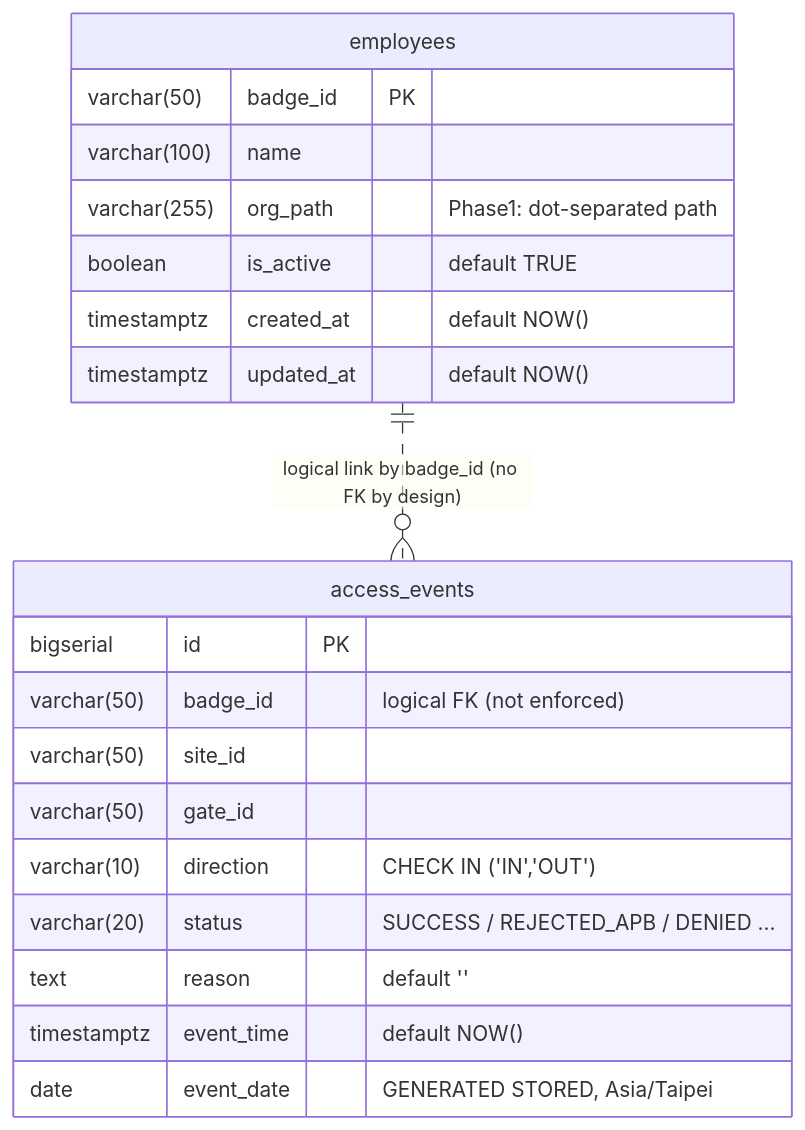
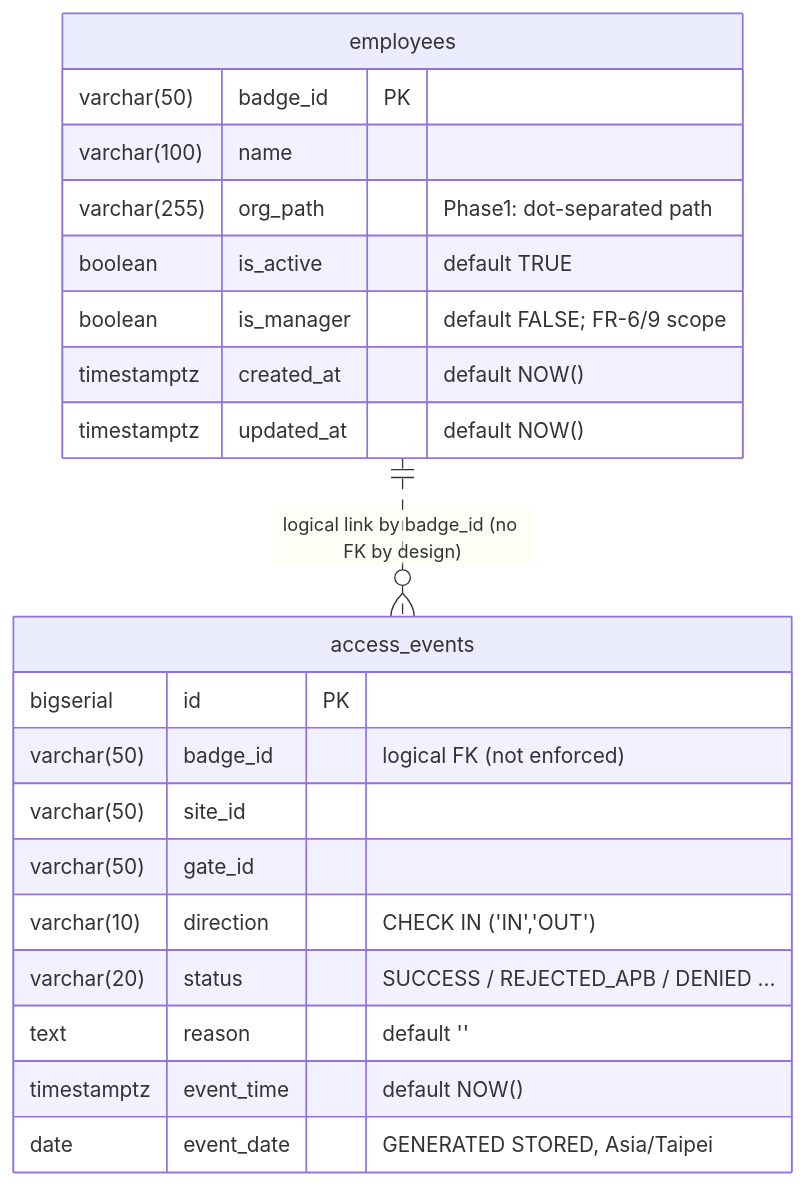
Before and after one commit to zychen1204/FP-PACS-system: the diagram in docs/database-erd.md, drawn with Mermaid. The commit also changed other lines of this file and 7 other files, not shown here.

````diff
--- a/docs/database-erd.md
+++ b/docs/database-erd.md
@@ -8,25 +8,26 @@
 ```mermaid
 erDiagram
     employees ||..o{ access_events : "logical link by badge_id (no FK by design)"
 
     employees {
         varchar(50)  badge_id        PK
         varchar(100) name
         varchar(255) org_path        "Phase1: dot-separated path"
         boolean      is_active       "default TRUE"
+        boolean      is_manager      "default FALSE; FR-6/9 scope"
         timestamptz  created_at      "default NOW()"
         timestamptz  updated_at      "default NOW()"
     }
 
     access_events {
         bigserial    id              PK
         varchar(50)  badge_id        "logical FK (not enforced)"
         varchar(50)  site_id
         varchar(50)  gate_id
         varchar(10)  direction       "CHECK IN ('IN','OUT')"
         varchar(20)  status          "SUCCESS / REJECTED_APB / DENIED ..."
         text         reason          "default ''"
         timestamptz  event_time      "default NOW()"
         date         event_date      "GENERATED STORED, Asia/Taipei"
     }
 ```
````
